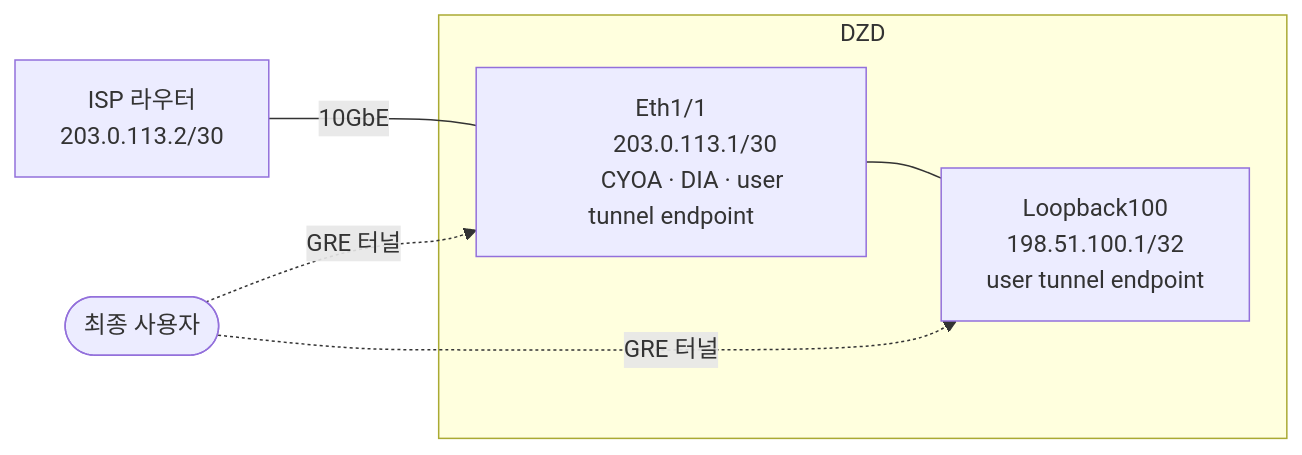
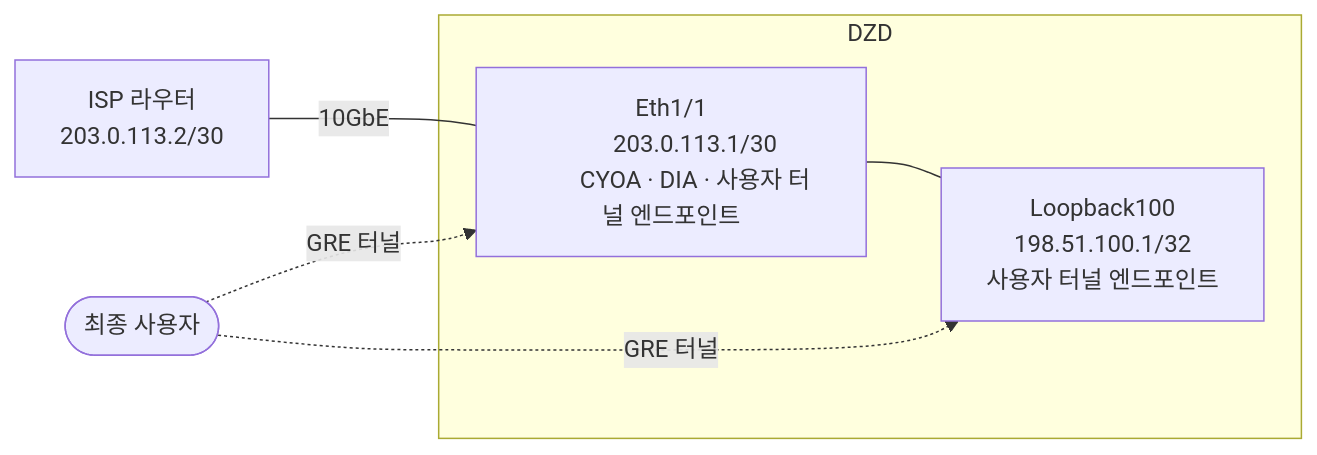
Before and after one commit to malbeclabs/docs: the eighth of 13 diagrams in docs/contribute-provisioning.ko.md, drawn with Mermaid. The commit also changed other lines of this file and 160 other files, not shown here.

````diff
--- a/docs/contribute-provisioning.ko.md
+++ b/docs/contribute-provisioning.ko.md
@@ -392,20 +460,20 @@
 ```mermaid
 flowchart LR
     USERS(["최종 사용자"])
 
     subgraph DZD["DZD"]
         E1["Eth1/1
         203.0.113.1/30
-        CYOA · DIA · user tunnel endpoint"]
+        CYOA · DIA · 사용자 터널 엔드포인트"]
         LO["Loopback100
-        198.51.100.1/32\n        user tunnel endpoint"]
+        198.51.100.1/32\n        사용자 터널 엔드포인트"]
         E1 --- LO
     end
 
     ISP["ISP 라우터
     203.0.113.2/30"]
 
     ISP -- "10GbE" --- E1
     USERS -. "GRE 터널" .-> E1
     USERS -. "GRE 터널" .-> LO
 ```
````
